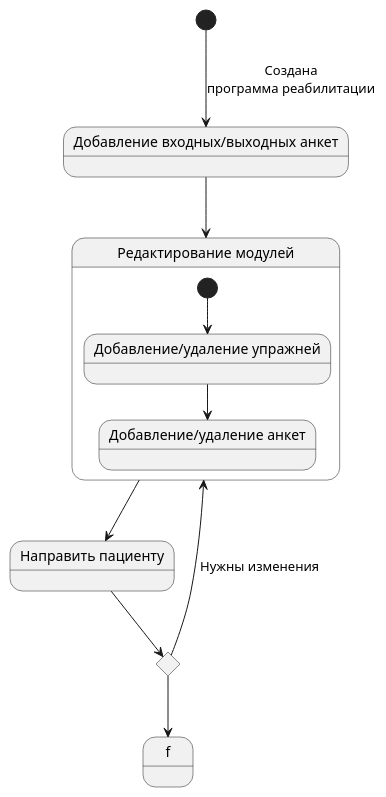
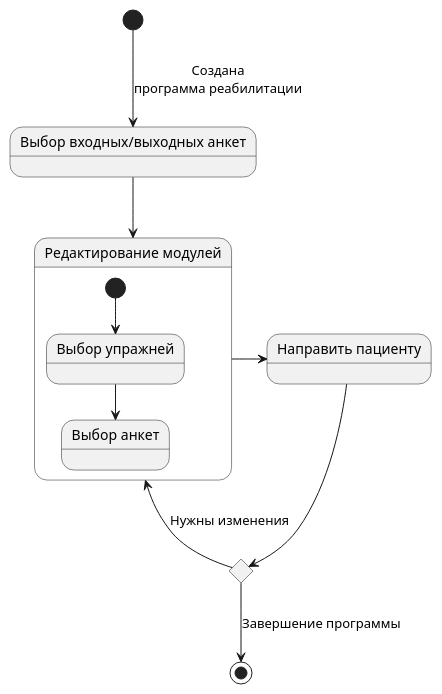
The diagram in arm/uml/state.puml (giezz/rc-arm-modules-back), drawn with PlantUML before and after one commit. The commit also changed 7 other files, not shown here.

Commit message:
Обновлены UML-диаграммы.

```diff
--- a/arm/uml/state.puml
+++ b/arm/uml/state.puml
@@ -1,20 +1,19 @@
 @startuml
 
 [*] --> form_edit : Cоздана\nпрограмма реабилитации
-state "Добавление входных/выходных анкет" as form_edit
+state "Выбор входных/выходных анкет" as form_edit
 state "Редактирование модулей" as module_edit {
-    state "Добавление/удаление упражней" as module_exercise_edit
-    state "Добавление/удаление анкет" as module_form_edit
+    state "Выбор упражней" as module_exercise_edit
+    state "Выбор анкет" as module_form_edit
     [*] --> module_exercise_edit
     module_exercise_edit --> module_form_edit
 }
 form_edit --> module_edit
 state "Направить пациенту" as to_patient
-module_edit --> to_patient
+module_edit -> to_patient
 state c <<choice>>
 to_patient --> c
 c --> module_edit : Нужны изменения
-c --> f
-
+c --> [*] : Завершение программы
 
 @enduml
```
